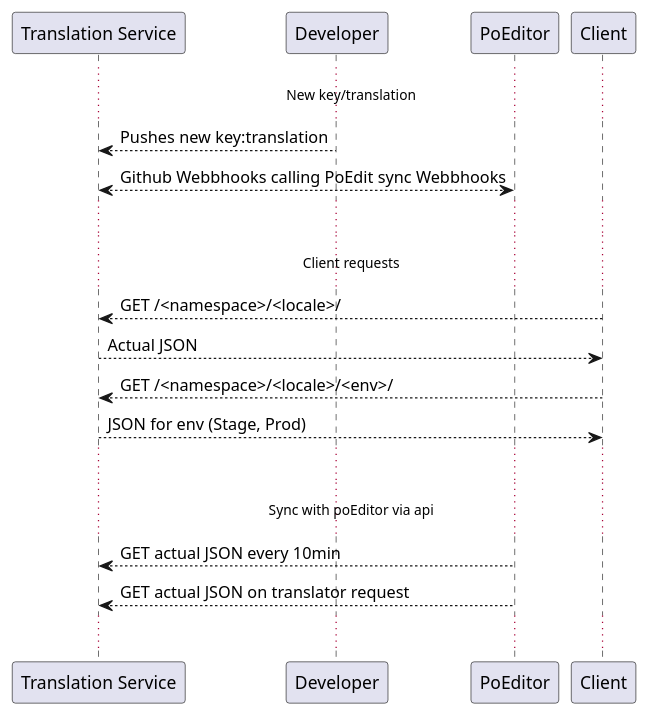
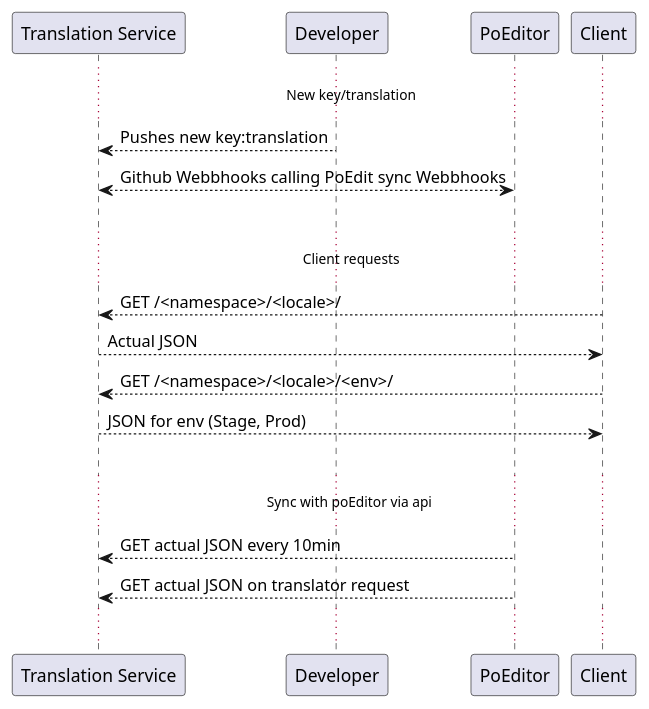
Before and after one commit to mpohl/poeditor-com: the diagram in translation-system.puml, drawn with PlantUML. The commit also changed 2 other files, not shown here.

Commit message:
nicer diagramm, better trans

```diff
--- a/translation-system.puml
+++ b/translation-system.puml
@@ -1,17 +1,17 @@
 @startuml
 ... New key/translation ...
 "Translation Service" <-- "Developer" : Pushes new key:translation
 "Translation Service" <--> "PoEditor": Github Webbhooks calling PoEdit sync Webbhooks
-...
+|||
 ... Client requests ...
 "Client" --> "Translation Service" : GET /<namespace>/<locale>/
 "Translation Service" --> "Client" : Actual JSON
 
 "Client" --> "Translation Service" : GET /<namespace>/<locale>/<env>/
 "Translation Service" --> "Client" : JSON for env (Stage, Prod)
-...
-... Sync with poEditor via api ...
+|||
+...Sync with poEditor via api ...
 "Translation Service" <-- "PoEditor": GET actual JSON every 10min
 "Translation Service" <-- "PoEditor": GET actual JSON on translator request
 ...
 @enduml
```
